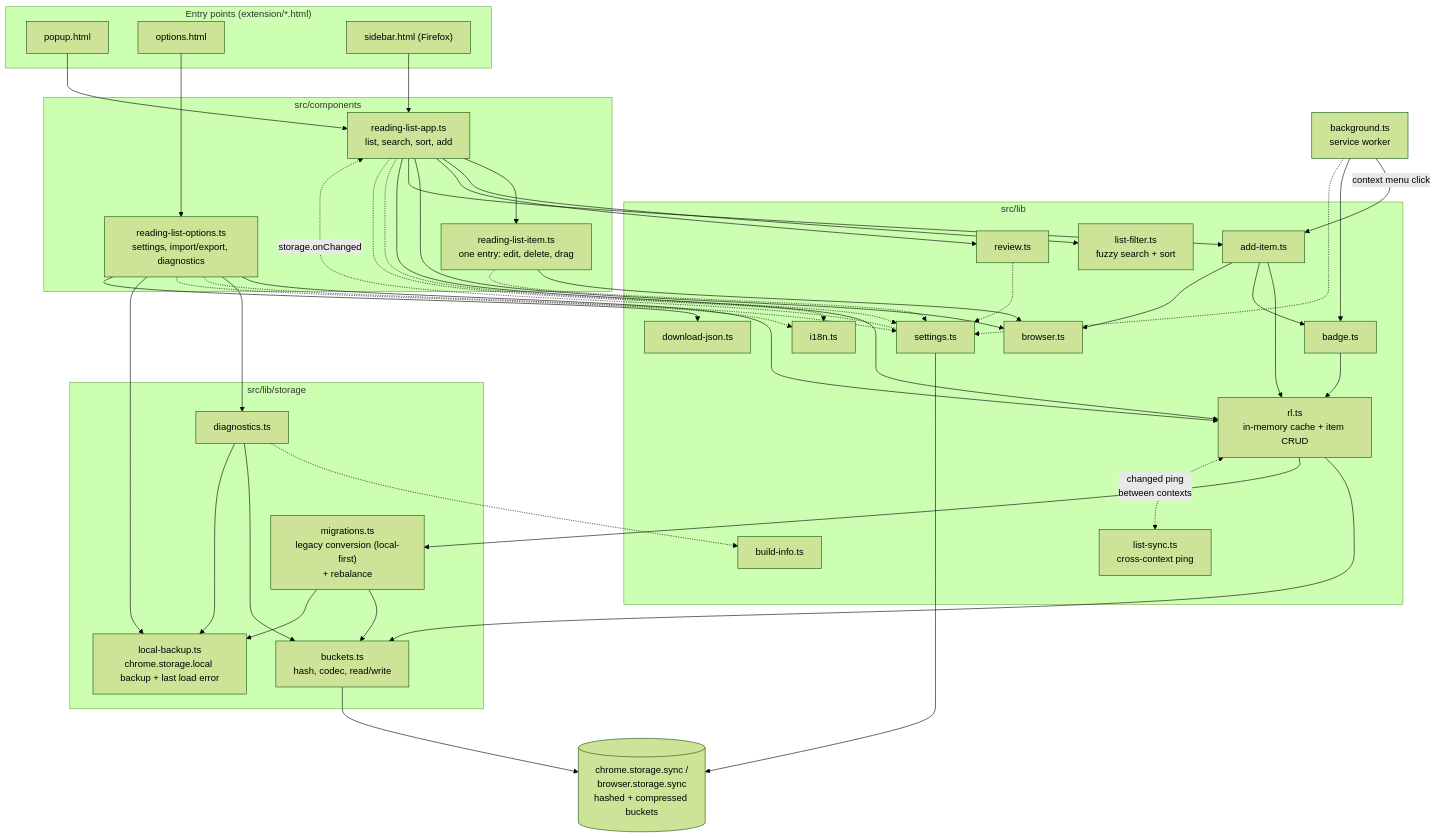
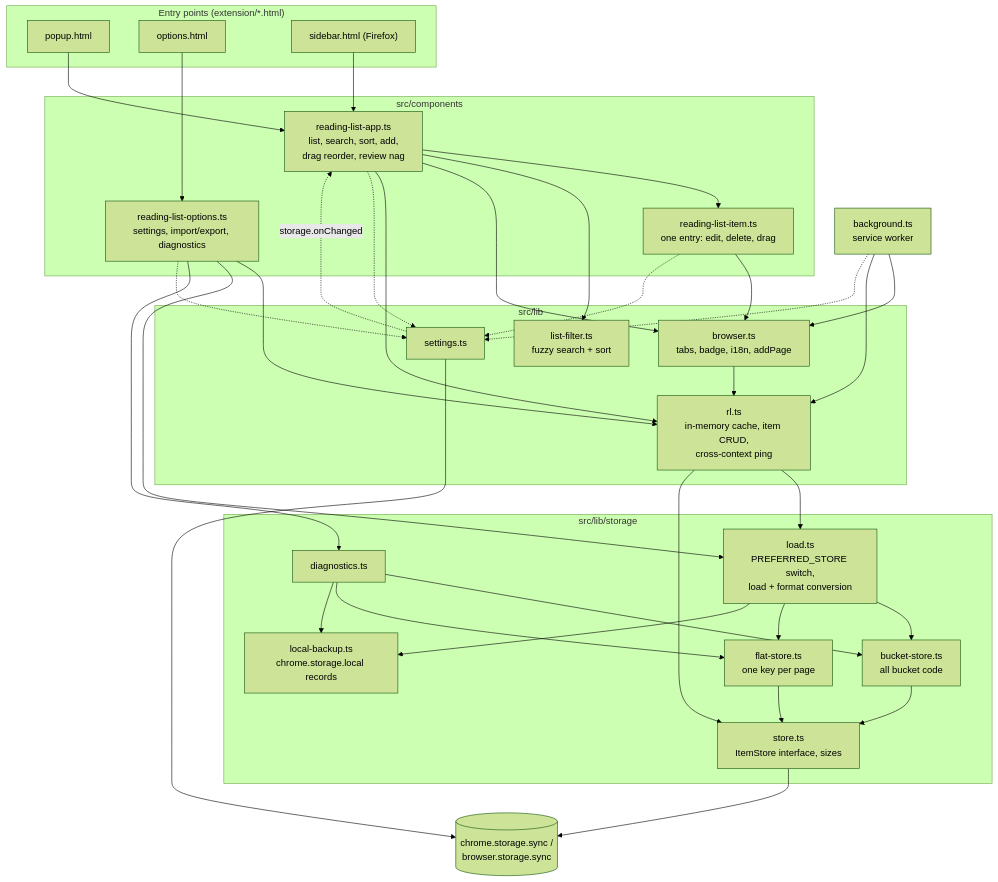
The first of 2 diagrams in AGENTS.md (alexpdraper/reading-list), drawn with Mermaid (forest theme) before and after one commit. The commit also changed other lines of this file and 3 other files, not shown here.

````diff
--- a/AGENTS.md
+++ b/AGENTS.md
@@ -11,82 +11,69 @@
 ```mermaid
 graph TD
     subgraph Entry["Entry points (extension/*.html)"]
         Popup["popup.html"]
         Options["options.html"]
         Sidebar["sidebar.html (Firefox)"]
     end
 
     subgraph Components["src/components"]
-        App["reading-list-app.ts<br/>list, search, sort, add"]
+        App["reading-list-app.ts<br/>list, search, sort, add,<br/>drag reorder, review nag"]
         OptComp["reading-list-options.ts<br/>settings, import/export, diagnostics"]
         Item["reading-list-item.ts<br/>one entry: edit, delete, drag"]
     end
 
     subgraph Lib["src/lib"]
-        RL["rl.ts<br/>in-memory cache + item CRUD"]
-        AddItem["add-item.ts"]
+        RL["rl.ts<br/>in-memory cache, item CRUD,<br/>cross-context ping"]
         Settings["settings.ts"]
-        ListSync["list-sync.ts<br/>cross-context ping"]
         Filter["list-filter.ts<br/>fuzzy search + sort"]
-        Badge["badge.ts"]
-        Browser["browser.ts"]
-        Review["review.ts"]
-        I18n["i18n.ts"]
-        BuildInfo["build-info.ts"]
-        DownloadJson["download-json.ts"]
+        Browser["browser.ts<br/>tabs, badge, i18n, addPage"]
     end
 
     subgraph StorageLib["src/lib/storage"]
-        Buckets["buckets.ts<br/>hash, codec, read/write"]
-        Migrations["migrations.ts<br/>legacy conversion (local-first)<br/>+ rebalance"]
+        Load["load.ts<br/>PREFERRED_STORE switch,<br/>load + format conversion"]
+        Store["store.ts<br/>ItemStore interface, sizes"]
+        Buckets["bucket-store.ts<br/>all bucket code"]
+        Flat["flat-store.ts<br/>one key per page"]
+        LocalBackup["local-backup.ts<br/>chrome.storage.local records"]
         Diagnostics["diagnostics.ts"]
-        LocalBackup["local-backup.ts<br/>chrome.storage.local backup + last load error"]
     end
 
     BG["background.ts<br/>service worker"]
-    Storage[("chrome.storage.sync /<br/>browser.storage.sync<br/>hashed + compressed buckets")]
+    Storage[("chrome.storage.sync /<br/>browser.storage.sync")]
 
     Popup --> App
     Sidebar --> App
     Options --> OptComp
 
     App --> Item
     App --> Filter
-    App --> Review
     App --> Browser
-    App --> AddItem
     App --> RL
     OptComp --> RL
+    OptComp --> Load
     OptComp --> Diagnostics
     Item --> Browser
-
-    BG -- "context menu click" --> AddItem
-    BG --> Badge
-    AddItem --> RL
-    AddItem --> Badge
-    AddItem --> Browser
-    Badge --> RL
+    BG --> Browser
+    BG --> RL
+    Browser --> RL
 
     App -.-> Settings
     OptComp -.-> Settings
     Item -.-> Settings
-    Review -.-> Settings
     BG -.-> Settings
-    App -.-> I18n
-    OptComp -.-> I18n
-    Diagnostics -.-> BuildInfo
 
-    RL --> Buckets
-    RL --> Migrations
-    Migrations --> Buckets
-    Migrations --> LocalBackup
+    RL --> Load
+    RL --> Store
+    Load --> Buckets
+    Load --> Flat
+    Load --> LocalBackup
+    Buckets --> Store
+    Flat --> Store
     Diagnostics --> Buckets
+    Diagnostics --> Flat
     Diagnostics --> LocalBackup
-    OptComp --> LocalBackup
-    OptComp --> DownloadJson
-    Buckets --> Storage
+    Store --> Storage
     Settings --> Storage
 
-    RL <-. "changed ping<br/>between contexts" .-> ListSync
     Settings -. "storage.onChanged" .-> App
 ```
````
